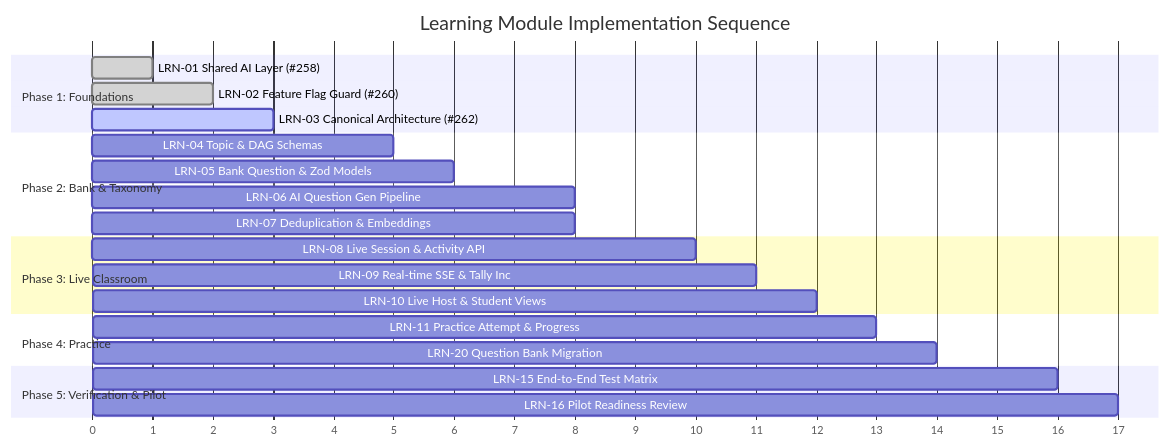
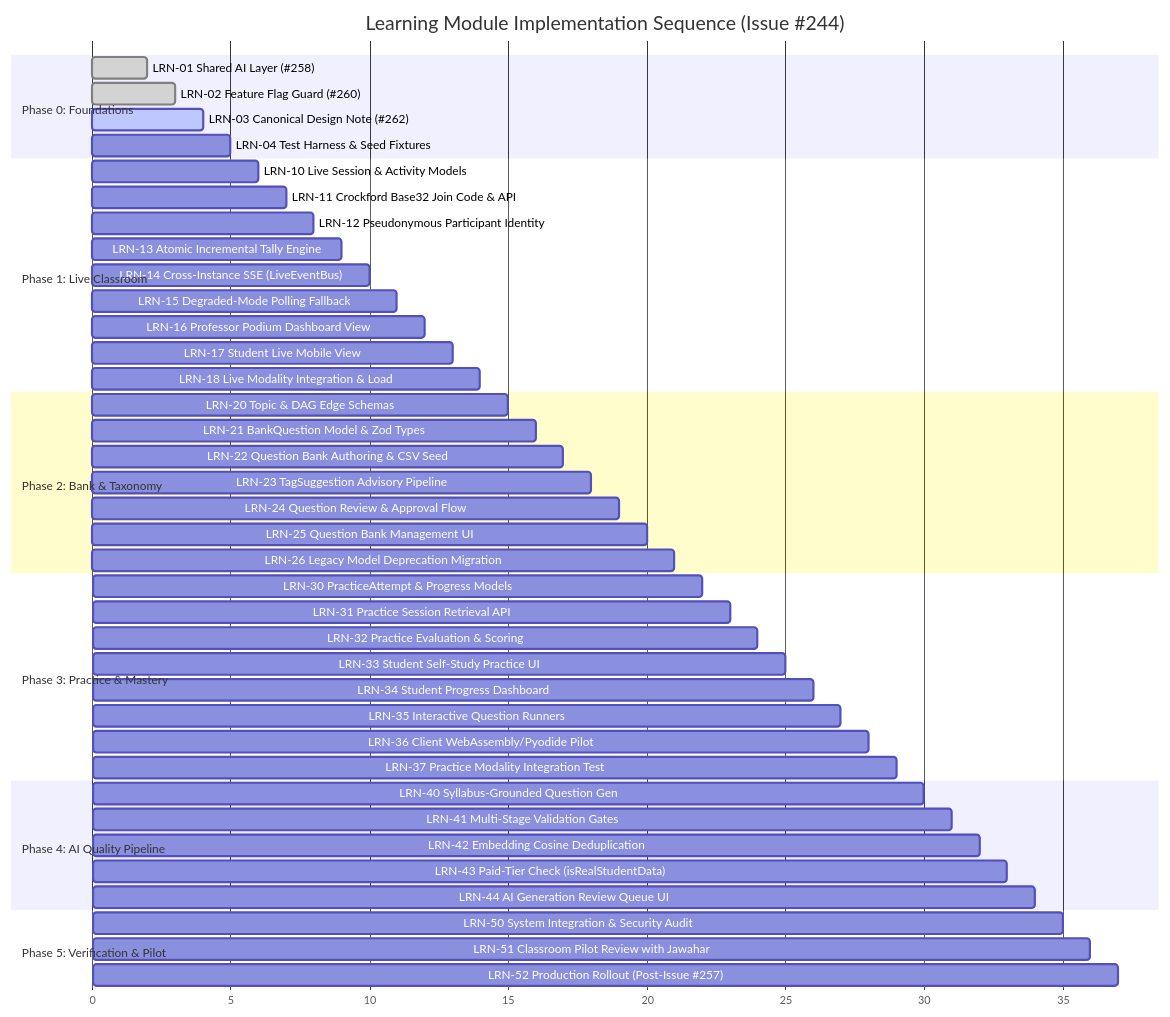
Before and after one commit to Aarathi1535/assignment_evaluation-IIIT-Hyd: the ninth of 9 diagrams in docs/learning-module.md, drawn with Mermaid. The commit also changed other lines of this file and 2 other files, not shown here.

Commit message:
docs(learning): align design note with review

````diff
--- a/docs/learning-module.md
+++ b/docs/learning-module.md
@@ -750,30 +861,54 @@
 ```mermaid
 gantt
-    title Learning Module Implementation Sequence
+    title Learning Module Implementation Sequence (Issue #244)
     dateFormat  X
     axisFormat %s
 
-    section Phase 1: Foundations
-    LRN-01 Shared AI Layer (#258)       :done, p1, 0, 1
-    LRN-02 Feature Flag Guard (#260)     :done, p2, 1, 2
-    LRN-03 Canonical Architecture (#262):active, p3, 2, 3
+    section Phase 0: Foundations
+    LRN-01 Shared AI Layer (#258)             :done, p0_1, 0, 2
+    LRN-02 Feature Flag Guard (#260)           :done, p0_2, 1, 3
+    LRN-03 Canonical Design Note (#262)        :active, p0_3, 2, 4
+    LRN-04 Test Harness & Seed Fixtures        :p0_4, 3, 5
+
+    section Phase 1: Live Classroom
+    LRN-10 Live Session & Activity Models      :p1_1, 4, 6
+    LRN-11 Crockford Base32 Join Code & API    :p1_2, 5, 7
+    LRN-12 Pseudonymous Participant Identity   :p1_3, 6, 8
+    LRN-13 Atomic Incremental Tally Engine     :p1_4, 7, 9
+    LRN-14 Cross-Instance SSE (LiveEventBus)   :p1_5, 8, 10
+    LRN-15 Degraded-Mode Polling Fallback      :p1_6, 9, 11
+    LRN-16 Professor Podium Dashboard View     :p1_7, 10, 12
+    LRN-17 Student Live Mobile View            :p1_8, 11, 13
+    LRN-18 Live Modality Integration & Load    :p1_9, 12, 14
 
     section Phase 2: Bank & Taxonomy
-    LRN-04 Topic & DAG Schemas          :p4, 3, 5
-    LRN-05 Bank Question & Zod Models   :p5, 4, 6
-    LRN-06 AI Question Gen Pipeline     :p6, 5, 8
-    LRN-07 Deduplication & Embeddings   :p7, 6, 8
+    LRN-20 Topic & DAG Edge Schemas            :p2_1, 13, 15
+    LRN-21 BankQuestion Model & Zod Types      :p2_2, 14, 16
+    LRN-22 Question Bank Authoring & CSV Seed  :p2_3, 15, 17
+    LRN-23 TagSuggestion Advisory Pipeline     :p2_4, 16, 18
+    LRN-24 Question Review & Approval Flow     :p2_5, 17, 19
+    LRN-25 Question Bank Management UI         :p2_6, 18, 20
+    LRN-26 Legacy Model Deprecation Migration  :p2_7, 19, 21
 
-    section Phase 3: Live Classroom
-    LRN-08 Live Session & Activity API  :p8, 8, 10
-    LRN-09 Real-time SSE & Tally Inc    :p9, 9, 11
-    LRN-10 Live Host & Student Views    :p10, 10, 12
+    section Phase 3: Practice & Mastery
+    LRN-30 PracticeAttempt & Progress Models   :p3_1, 20, 22
+    LRN-31 Practice Session Retrieval API      :p3_2, 21, 23
+    LRN-32 Practice Evaluation & Scoring       :p3_3, 22, 24
+    LRN-33 Student Self-Study Practice UI      :p3_4, 23, 25
+    LRN-34 Student Progress Dashboard          :p3_5, 24, 26
+    LRN-35 Interactive Question Runners        :p3_6, 25, 27
+    LRN-36 Client WebAssembly/Pyodide Pilot    :p3_7, 26, 28
+    LRN-37 Practice Modality Integration Test  :p3_8, 27, 29
 
-    section Phase 4: Practice
-    LRN-11 Practice Attempt & Progress  :p11, 11, 13
-    LRN-20 Question Bank Migration      :p12, 12, 14
+    section Phase 4: AI Quality Pipeline
+    LRN-40 Syllabus-Grounded Question Gen      :p4_1, 28, 30
+    LRN-41 Multi-Stage Validation Gates        :p4_2, 29, 31
+    LRN-42 Embedding Cosine Deduplication      :p4_3, 30, 32
+    LRN-43 Paid-Tier Check (isRealStudentData) :p4_4, 31, 33
+    LRN-44 AI Generation Review Queue UI       :p4_5, 32, 34
 
     section Phase 5: Verification & Pilot
-    LRN-15 End-to-End Test Matrix       :p13, 14, 16
-    LRN-16 Pilot Readiness Review       :p14, 15, 17
+    LRN-50 System Integration & Security Audit :p5_1, 33, 35
+    LRN-51 Classroom Pilot Review with Jawahar :p5_2, 34, 36
+    LRN-52 Production Rollout (Post-Issue #257):p5_3, 35, 37
 ```
````
